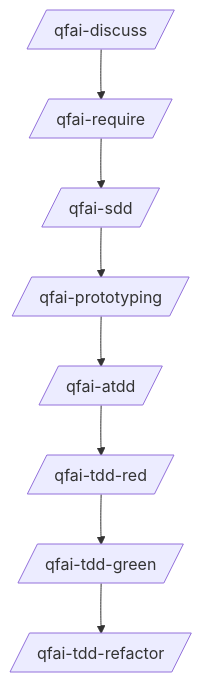
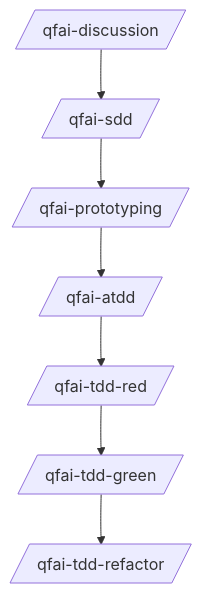
One commit to aganesy/QFAI changed the diagram in packages/qfai/assets/init/.qfai/README.md. Above: the diagram before and after it, drawn with Mermaid. The commit also changed 40 other files, not shown here.

First line of the commit message:
feat(v1.5.0): merge discuss+require into unified discussion pack

````diff
--- a/packages/qfai/assets/init/.qfai/README.md
+++ b/packages/qfai/assets/init/.qfai/README.md
@@ -15,10 +15,9 @@
 ```mermaid
 flowchart TD
-  A[/qfai-discuss/] --> B[/qfai-require/]
-  B --> C[/qfai-sdd/]
+  A[/qfai-discussion/] --> C[/qfai-sdd/]
   C --> D[/qfai-prototyping/]
   D --> E[/qfai-atdd/]
   E --> F[/qfai-tdd-red/]
   F --> G[/qfai-tdd-green/]
   G --> H[/qfai-tdd-refactor/]
 ```
````
